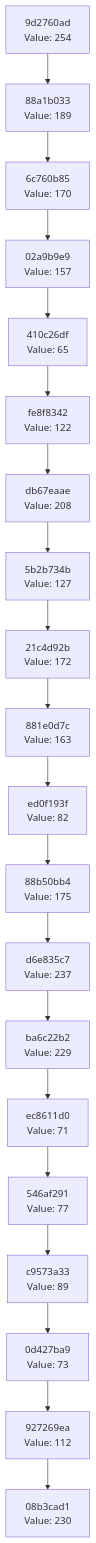
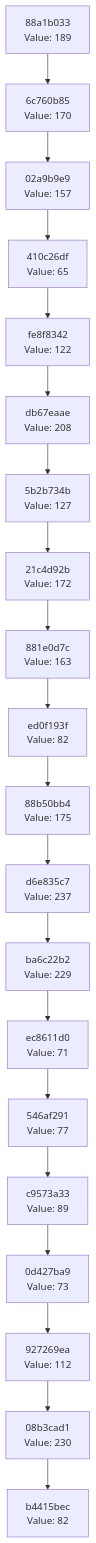
Before and after one commit to Abhisheksinha1506/hash-chain-evolver: the diagram in docs/CHAIN_VISUALIZATION.md, drawn with Mermaid. The commit also changed 3 other files, not shown here.

````diff
--- a/docs/CHAIN_VISUALIZATION.md
+++ b/docs/CHAIN_VISUALIZATION.md
@@ -3,42 +3,42 @@
 ```mermaid
 graph TD
-    C0["08b3cad1<br/>Value: 230"]
-    C1["927269ea<br/>Value: 112"]
+    C0["b4415bec<br/>Value: 82"]
+    C1["08b3cad1<br/>Value: 230"]
     C1 --> C0
-    C2["0d427ba9<br/>Value: 73"]
+    C2["927269ea<br/>Value: 112"]
     C2 --> C1
-    C3["c9573a33<br/>Value: 89"]
+    C3["0d427ba9<br/>Value: 73"]
     C3 --> C2
-    C4["546af291<br/>Value: 77"]
+    C4["c9573a33<br/>Value: 89"]
     C4 --> C3
-    C5["ec8611d0<br/>Value: 71"]
+    C5["546af291<br/>Value: 77"]
     C5 --> C4
-    C6["ba6c22b2<br/>Value: 229"]
+    C6["ec8611d0<br/>Value: 71"]
     C6 --> C5
-    C7["d6e835c7<br/>Value: 237"]
+    C7["ba6c22b2<br/>Value: 229"]
     C7 --> C6
-    C8["88b50bb4<br/>Value: 175"]
+    C8["d6e835c7<br/>Value: 237"]
     C8 --> C7
-    C9["ed0f193f<br/>Value: 82"]
+    C9["88b50bb4<br/>Value: 175"]
     C9 --> C8
-    C10["881e0d7c<br/>Value: 163"]
+    C10["ed0f193f<br/>Value: 82"]
     C10 --> C9
-    C11["21c4d92b<br/>Value: 172"]
+    C11["881e0d7c<br/>Value: 163"]
     C11 --> C10
-    C12["5b2b734b<br/>Value: 127"]
+    C12["21c4d92b<br/>Value: 172"]
     C12 --> C11
-    C13["db67eaae<br/>Value: 208"]
+    C13["5b2b734b<br/>Value: 127"]
     C13 --> C12
-    C14["fe8f8342<br/>Value: 122"]
+    C14["db67eaae<br/>Value: 208"]
     C14 --> C13
-    C15["410c26df<br/>Value: 65"]
+    C15["fe8f8342<br/>Value: 122"]
     C15 --> C14
-    C16["02a9b9e9<br/>Value: 157"]
+    C16["410c26df<br/>Value: 65"]
     C16 --> C15
-    C17["6c760b85<br/>Value: 170"]
+    C17["02a9b9e9<br/>Value: 157"]
     C17 --> C16
-    C18["88a1b033<br/>Value: 189"]
+    C18["6c760b85<br/>Value: 170"]
     C18 --> C17
-    C19["9d2760ad<br/>Value: 254"]
+    C19["88a1b033<br/>Value: 189"]
     C19 --> C18
 ```
````
